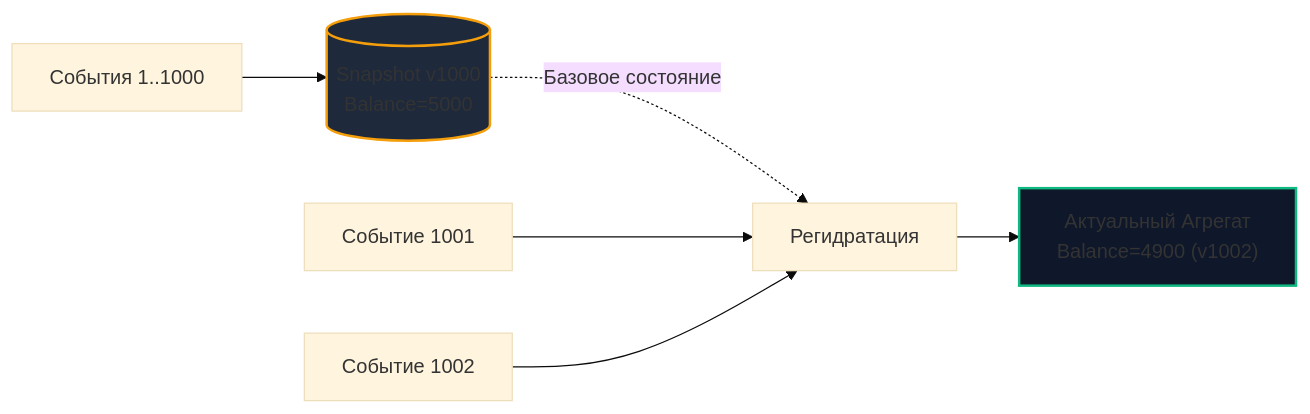
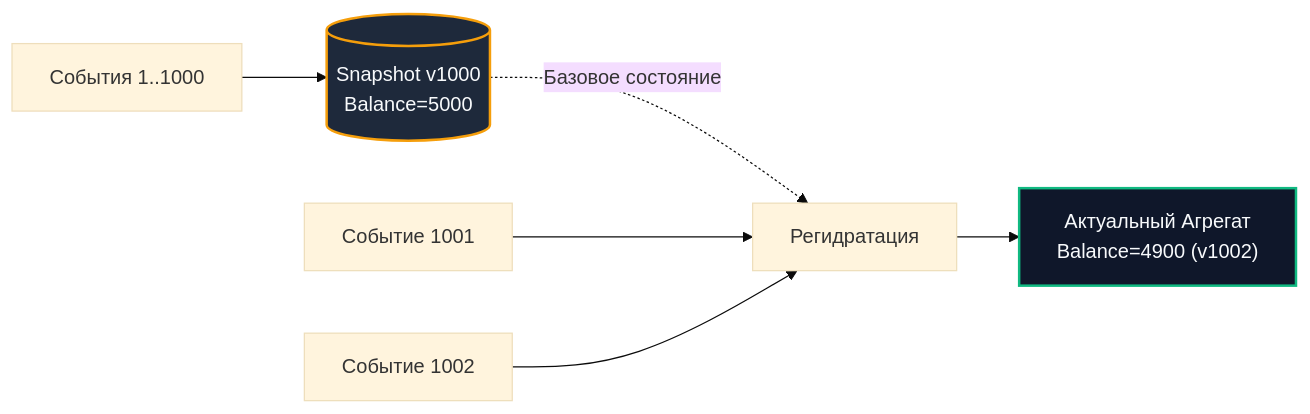
One commit to UnrealTemplier/go-textbook changed the third of 3 diagrams in sources/13. Очереди, брокеры сообщений и оркестраторы/05. Паттерны и архитектура/4. Event sourcing и брокеры.md. Above: the diagram before and after it, drawn with Mermaid (base theme). The commit also changed other lines of this file and 310 other files, not shown here.

First line of the commit message:
fix(mermaid): replace light fill colors with dark palette for readability on dark theme

````diff
--- a/sources/13. Очереди, брокеры сообщений и оркестраторы/05. Паттерны и архитектура/4. Event sourcing и брокеры.md
+++ b/sources/13. Очереди, брокеры сообщений и оркестраторы/05. Паттерны и архитектура/4. Event sourcing и брокеры.md
@@ -243,11 +243,11 @@
 ```mermaid
 flowchart LR
     E1["События 1..1000"] --> S1[("Snapshot v1000<br>Balance=5000")]
     S1 -.->|"Базовое состояние"| R["Регидратация"]
     E2["Событие 1001"] --> R
     E3["Событие 1002"] --> R
     R --> Final["Актуальный Агрегат<br>Balance=4900 (v1002)"]
 
-    style S1 fill:#1e293b,stroke:#f59e0b,stroke-width:2px
-    style Final fill:#0f172a,stroke:#10b981,stroke-width:2px
+    style S1 fill:#1e293b,stroke:#f59e0b,stroke-width:2px,color:#f8fafc
+    style Final fill:#0f172a,stroke:#10b981,stroke-width:2px,color:#f8fafc
 ```
````
